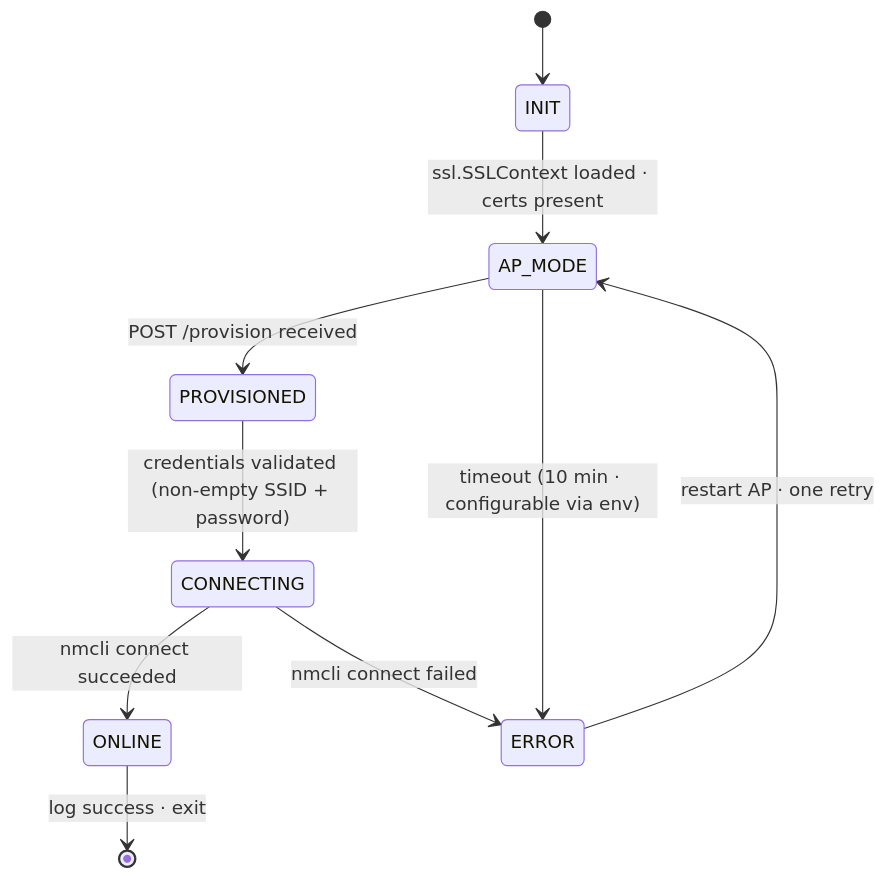
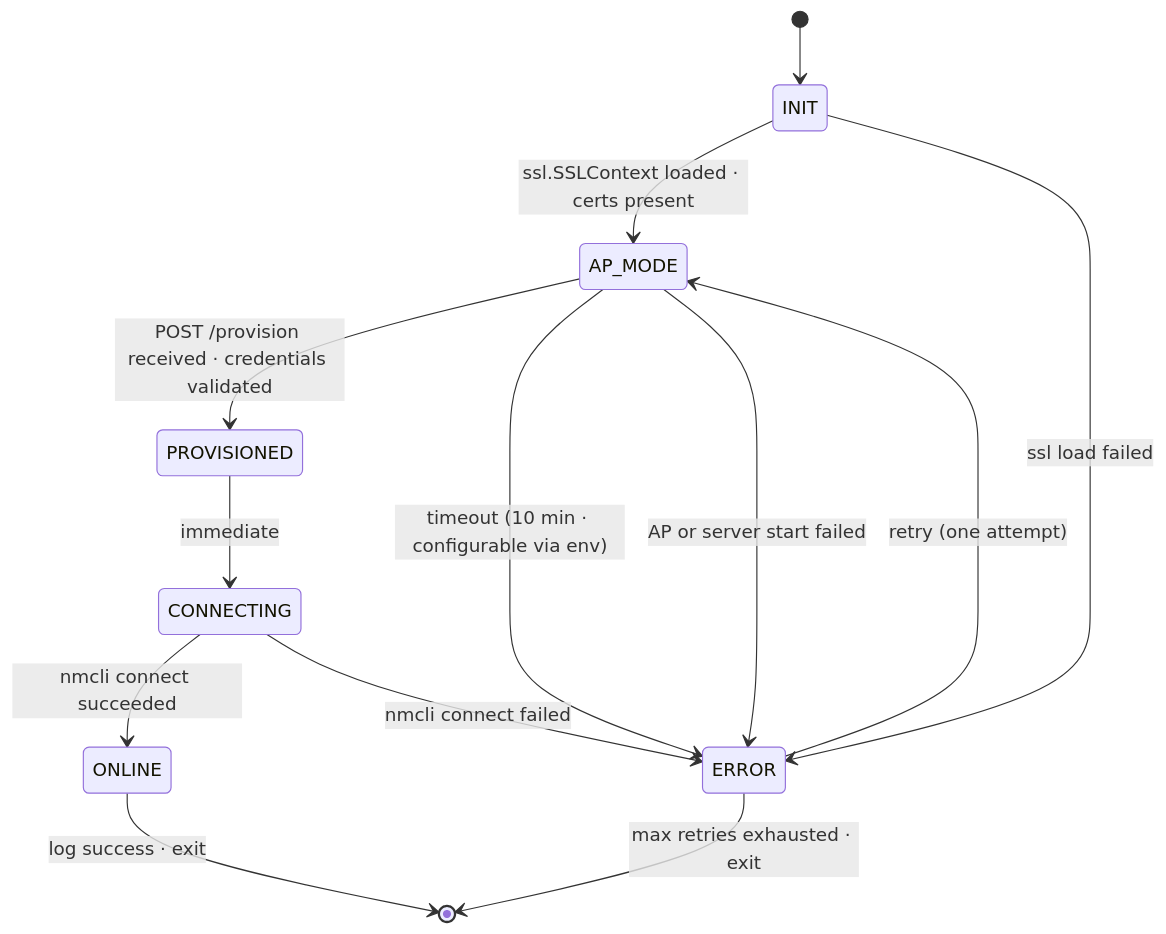
The third of 4 diagrams in docs/architecture.md (wajntr-a/teton-challenge), drawn with Mermaid before and after one commit.

Commit message:
docs: fix state machine diagram — add missing transitions
- INIT → ERROR (ssl load fails)
- AP_MODE → ERROR (AP or server start fails, separate from timeout)
- ERROR → [*] (max retries exhausted)

````diff
--- a/docs/architecture.md
+++ b/docs/architecture.md
@@ -93,12 +93,15 @@
 ```mermaid
 stateDiagram-v2
   [*] --> INIT
   INIT --> AP_MODE : ssl.SSLContext loaded · certs present
-  AP_MODE --> PROVISIONED : POST /provision received
-  PROVISIONED --> CONNECTING : credentials validated (non-empty SSID + password)
+  INIT --> ERROR : ssl load failed
+  AP_MODE --> PROVISIONED : POST /provision received · credentials validated
+  AP_MODE --> ERROR : timeout (10 min · configurable via env)
+  AP_MODE --> ERROR : AP or server start failed
+  PROVISIONED --> CONNECTING : immediate
   CONNECTING --> ONLINE : nmcli connect succeeded
   CONNECTING --> ERROR : nmcli connect failed
   ONLINE --> [*] : log success · exit
-  ERROR --> AP_MODE : restart AP · one retry
-  AP_MODE --> ERROR : timeout (10 min · configurable via env)
+  ERROR --> AP_MODE : retry (one attempt)
+  ERROR --> [*] : max retries exhausted · exit
 ```
````
